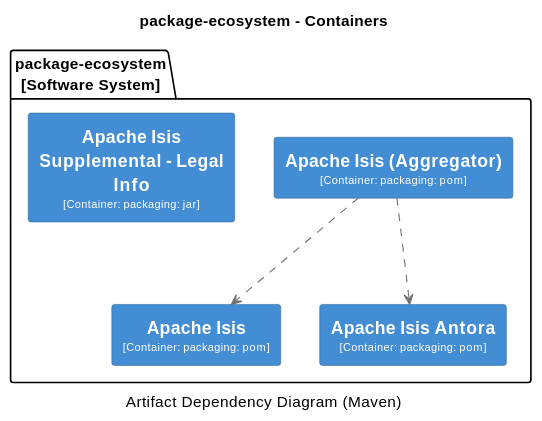
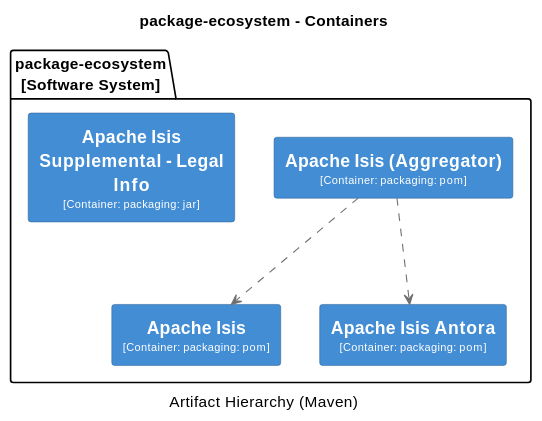
Before and after one commit to apache/causeway: the first of 18 diagrams in antora/components/system/modules/ROOT/pages/system-overview.adoc, drawn with PlantUML. The commit also changed other lines of this file and 2 other files, not shown here.

```diff
--- a/antora/components/system/modules/ROOT/pages/system-overview.adoc
+++ b/antora/components/system/modules/ROOT/pages/system-overview.adoc
@@ -9,44 +9,44 @@
 [plantuml,Base,svg]
 ----
 @startuml(id=Base)
 title package-ecosystem - Containers
-caption Artifact Dependency Diagram (Maven)
+caption Artifact Hierarchy (Maven)
 
 skinparam {
   shadowing false
   arrowFontSize 10
   defaultTextAlignment center
   wrapWidth 200
   maxMessageSize 100
 }
 hide stereotype
 skinparam rectangle<<2>> {
   BackgroundColor #438dd5
   FontColor #fffffe
   BorderColor #2E6295
 }
 skinparam rectangle<<3>> {
   BackgroundColor #438dd5
   FontColor #fffffe
   BorderColor #2E6295
 }
 skinparam rectangle<<4>> {
   BackgroundColor #438dd5
   FontColor #fffffe
   BorderColor #2E6295
 }
 skinparam rectangle<<5>> {
   BackgroundColor #438dd5
   FontColor #fffffe
   BorderColor #2E6295
 }
 package "package-ecosystem\n[Software System]" {
   rectangle "==Apache Isis\n<size:10>[Container: packaging: pom]</size>" <<4>> as 4
   rectangle "==Apache Isis (Aggregator)\n<size:10>[Container: packaging: pom]</size>" <<2>> as 2
   rectangle "==Apache Isis Antora\n<size:10>[Container: packaging: pom]</size>" <<3>> as 3
   rectangle "==Apache Isis Supplemental - Legal Info\n<size:10>[Container: packaging: jar]</size>" <<5>> as 5
 }
 2 .[#707070].> 4 : ""
 2 .[#707070].> 3 : ""
 @enduml
 ----
```
